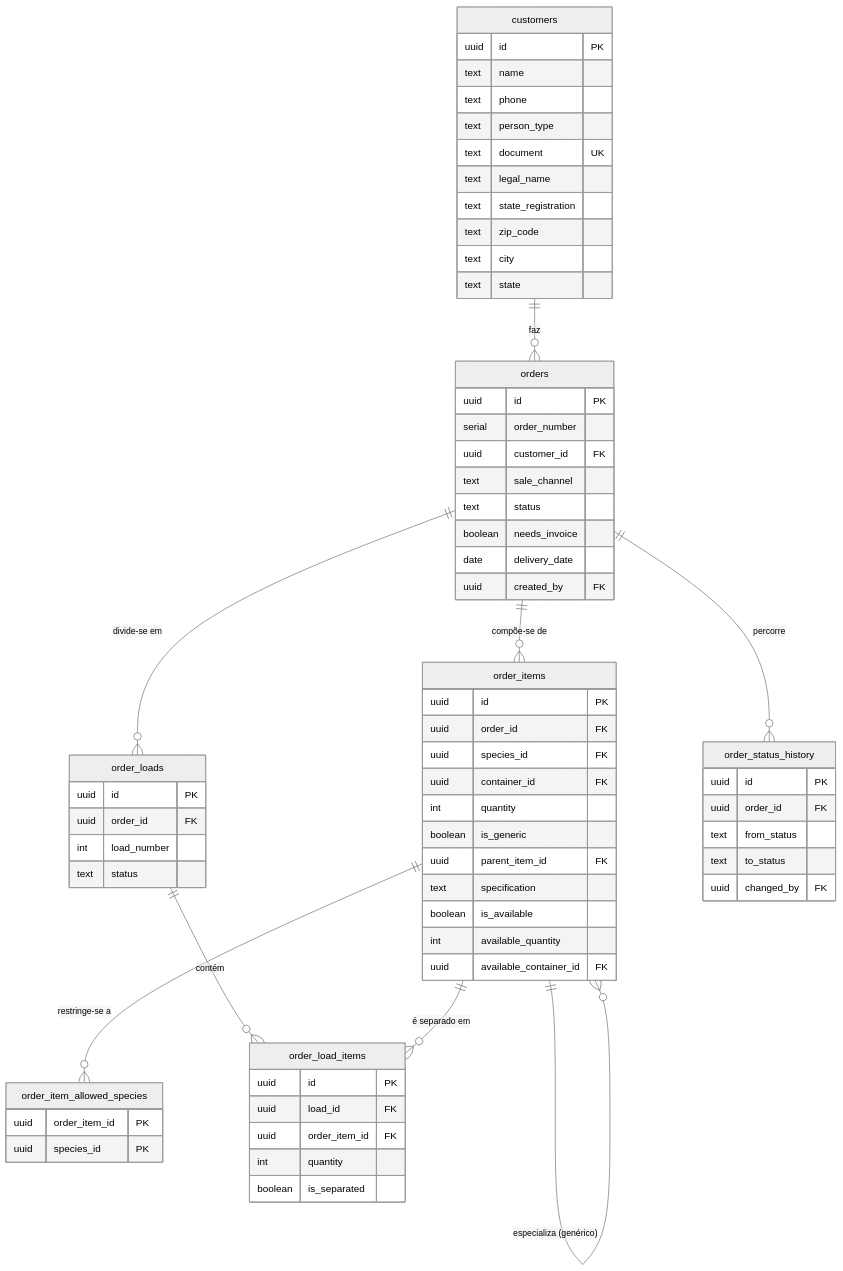
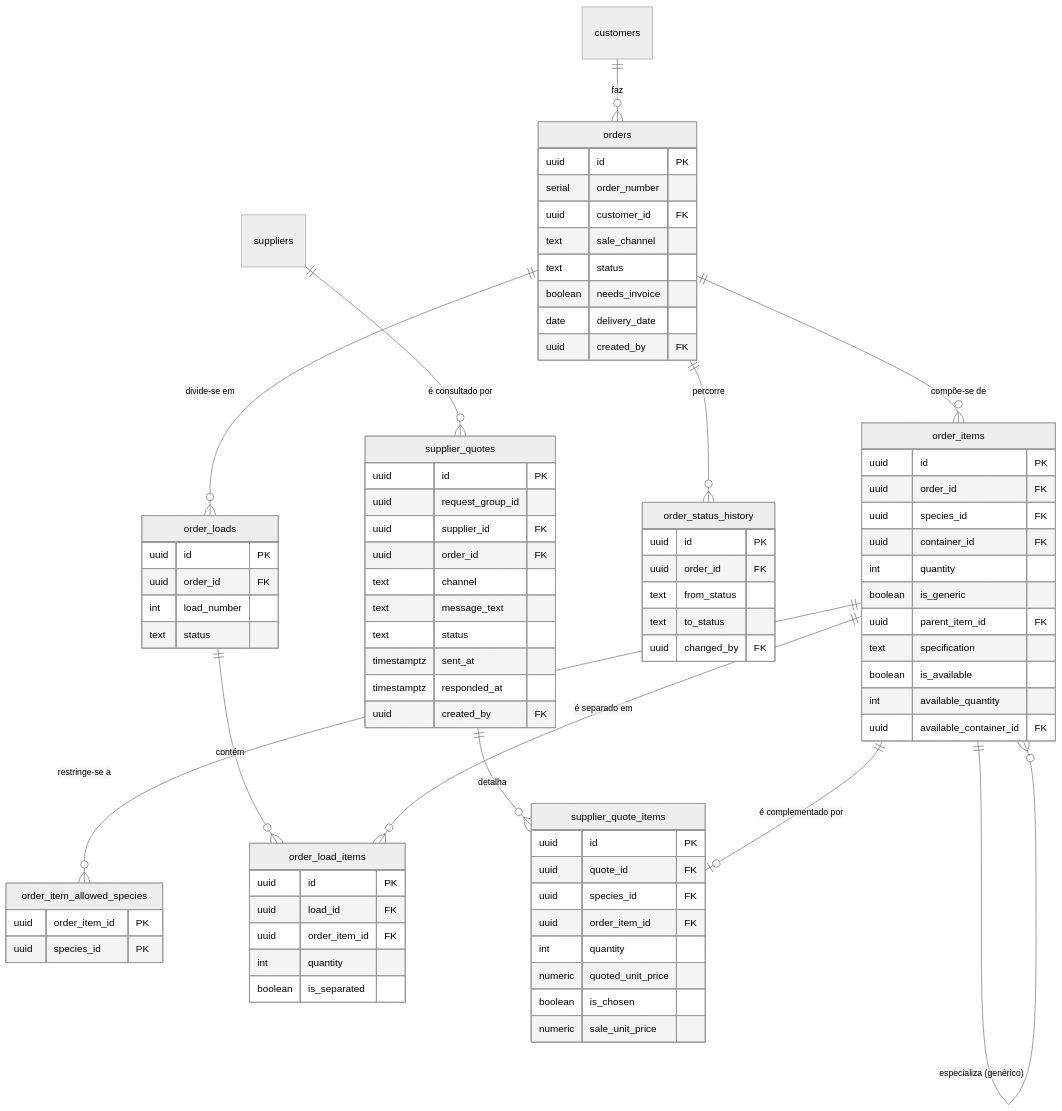
The fifth of 6 diagrams in docs/engenharia/C-modelagem/C6-modelo-entidade-relacionamento.md (JoaoMudar/mudar), drawn with Mermaid (neutral theme) before and after one commit. The commit also changed other lines of this file and 34 other files, not shown here.

````diff
--- a/docs/engenharia/C-modelagem/C6-modelo-entidade-relacionamento.md
+++ b/docs/engenharia/C-modelagem/C6-modelo-entidade-relacionamento.md
@@ -350,17 +417,5 @@
 ```mermaid
 erDiagram
-  customers {
-    uuid id PK
-    text name
-    text phone
-    text person_type
-    text document UK
-    text legal_name
-    text state_registration
-    text zip_code
-    text city
-    text state
-  }
   orders {
     uuid id PK
     serial order_number
@@ -408,6 +463,28 @@
     text to_status
     uuid changed_by FK
   }
+  supplier_quotes {
+    uuid id PK
+    uuid request_group_id
+    uuid supplier_id FK
+    uuid order_id FK
+    text channel
+    text message_text
+    text status
+    timestamptz sent_at
+    timestamptz responded_at
+    uuid created_by FK
+  }
+  supplier_quote_items {
+    uuid id PK
+    uuid quote_id FK
+    uuid species_id FK
+    uuid order_item_id FK
+    int quantity
+    numeric quoted_unit_price
+    boolean is_chosen
+    numeric sale_unit_price
+  }
 
   customers   ||--o{ orders               : "faz"
   orders      ||--o{ order_items          : "compõe-se de"
@@ -417,4 +494,7 @@
   order_items ||--o{ order_load_items     : "é separado em"
   order_items ||--o{ order_item_allowed_species : "restringe-se a"
   order_items ||--o{ order_items          : "especializa (genérico)"
+  suppliers       ||--o{ supplier_quotes       : "é consultado por"
+  supplier_quotes ||--o{ supplier_quote_items  : "detalha"
+  order_items     ||--o| supplier_quote_items  : "é complementado por"
 ```
````
